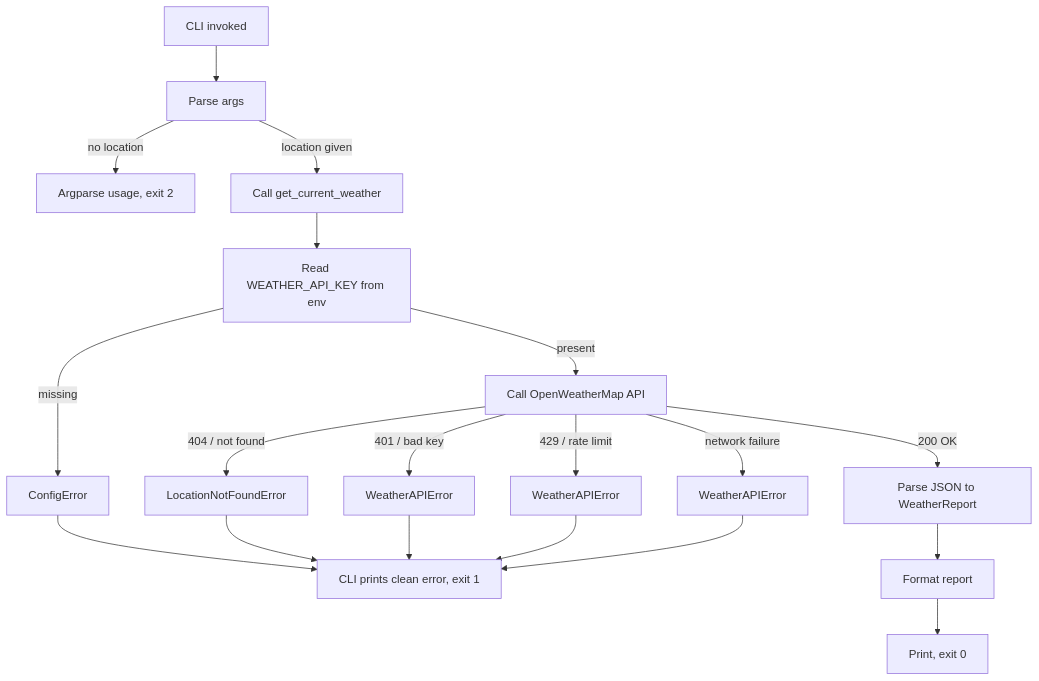
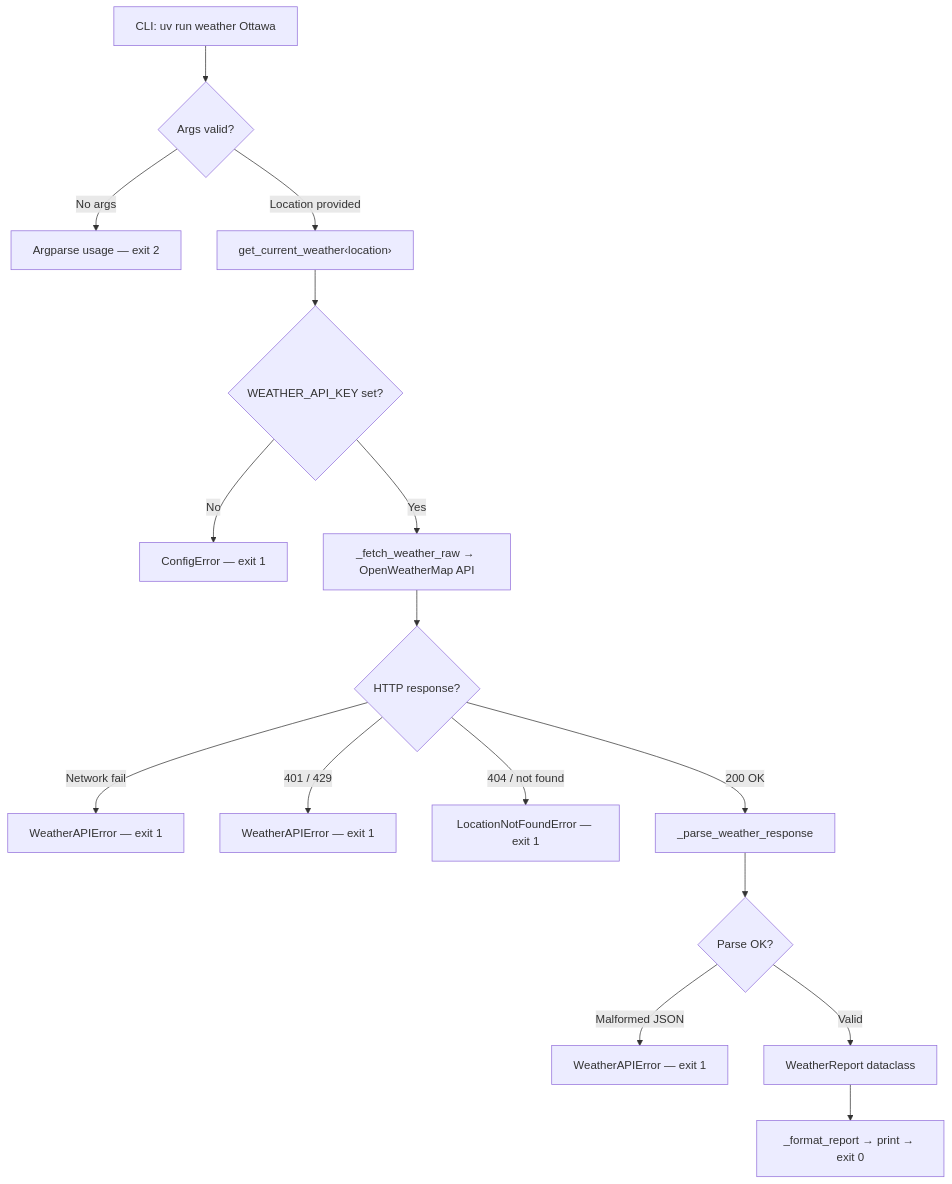
Before and after one commit to Linux-Alchemy/weather-tool: the diagram in OUTLINE.md, drawn with Mermaid. The commit also changed other lines of this file and 1 other file, not shown here.

````diff
--- a/OUTLINE.md
+++ b/OUTLINE.md
@@ -472,21 +47,22 @@
 ```mermaid
 flowchart TD
-    A[CLI invoked] --> B[Parse args]
-    B -->|no location| X[Argparse usage, exit 2]
-    B -->|location given| C[Call get_current_weather]
-    C --> D[Read WEATHER_API_KEY from env]
-    D -->|missing| Y[ConfigError]
-    D -->|present| E[Call OpenWeatherMap API]
-    E -->|404 / not found| Z[LocationNotFoundError]
-    E -->|401 / bad key| K[WeatherAPIError]
-    E -->|429 / rate limit| R[WeatherAPIError]
-    E -->|network failure| N[WeatherAPIError]
-    E -->|200 OK| F[Parse JSON to WeatherReport]
-    F --> G[Format report]
-    G --> H[Print, exit 0]
-    Y --> I[CLI prints clean error, exit 1]
-    Z --> I
-    K --> I
-    R --> I
-    N --> I
+    A[CLI: uv run weather Ottawa] --> B{Args valid?}
+    B -->|No args| X[Argparse usage — exit 2]
+    B -->|Location provided| C[get_current_weather‹location›]
+
+    C --> D{WEATHER_API_KEY set?}
+    D -->|No| E[ConfigError — exit 1]
+    D -->|Yes| F[_fetch_weather_raw → OpenWeatherMap API]
+
+    F --> G{HTTP response?}
+    G -->|Network fail| H[WeatherAPIError — exit 1]
+    G -->|401 / 429| I[WeatherAPIError — exit 1]
+    G -->|404 / not found| J[LocationNotFoundError — exit 1]
+    G -->|200 OK| K[_parse_weather_response]
+
+    K --> L{Parse OK?}
+    L -->|Malformed JSON| M[WeatherAPIError — exit 1]
+    L -->|Valid| N[WeatherReport dataclass]
+
+    N --> O[_format_report → print → exit 0]
 ```
````
